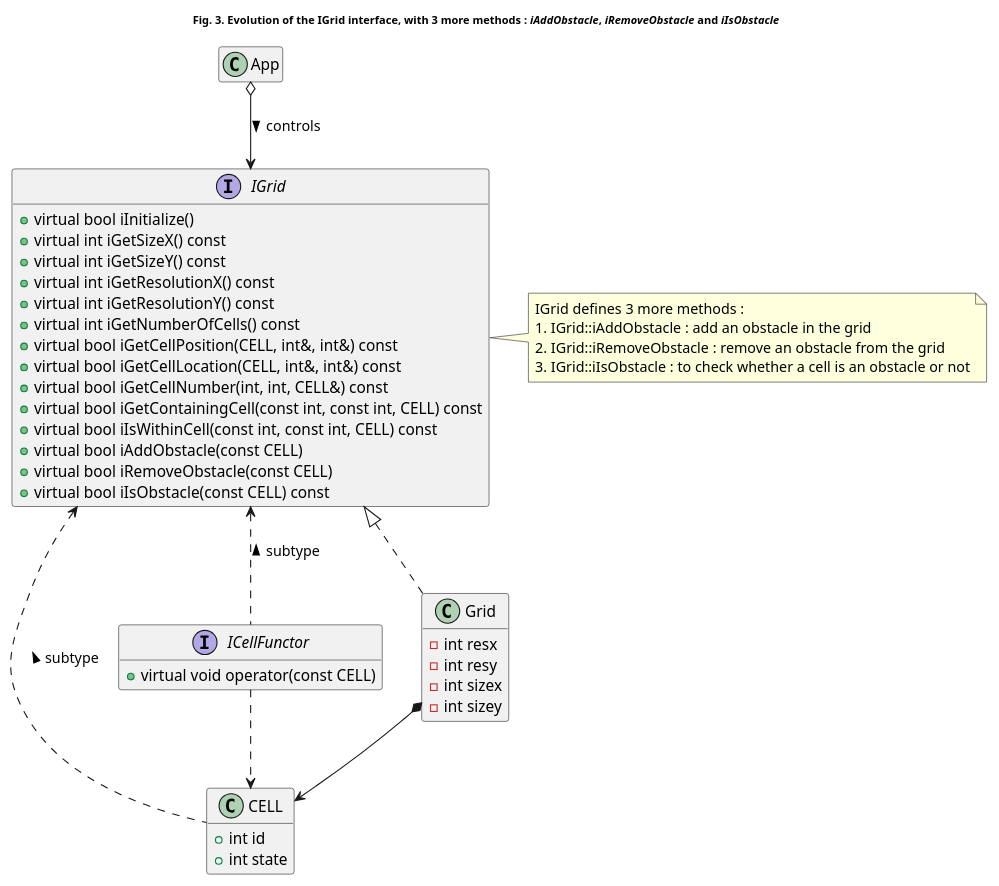
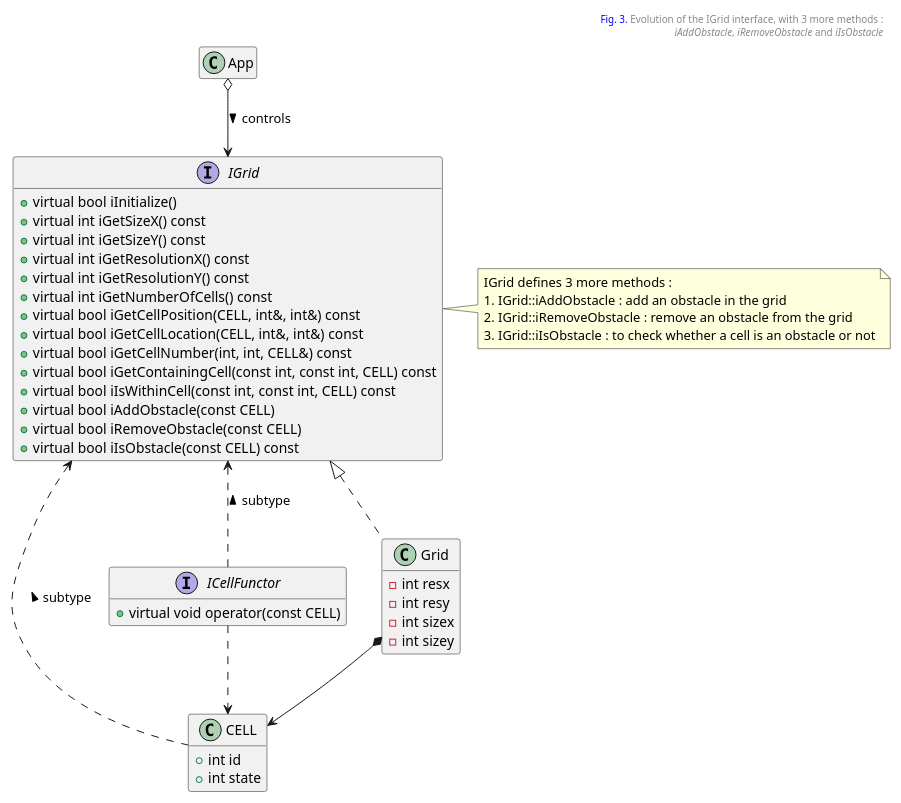
Before and after one commit to kanmeugne/kanmeugne.github.io: the third of 4 diagrams in _posts/modsim/2020-10-04-2d-grid-obstacles.md, drawn with PlantUML. The commit also changed other lines of this file, not shown here.

```diff
--- a/_posts/modsim/2020-10-04-2d-grid-obstacles.md
+++ b/_posts/modsim/2020-10-04-2d-grid-obstacles.md
@@ -86,58 +87,62 @@
 {% plantuml %}
 @startuml
-title: <size:10>Fig. 3. Evolution of the IGrid interface, with 3 more methods : <i>iAddObstacle</i>, <i>iRemoveObstacle</i> and <i>iIsObstacle</i></size>
+header
+<font color=blue>Fig. 3.</font> Evolution of the IGrid interface, with 3 more methods :
+<i>iAddObstacle</i>, <i>iRemoveObstacle</i> and <i>iIsObstacle</i>
+end header
+scale 0.9
 class App {
     + {static} const int DEFAULT_HEIGHT
     + {static} const int DEFAULT_WIDTH
     + {static} const int DEFAULT_RESX
     + {static} const int DEFAULT_RESY
     + void run()
     + void display()
 }
 class CELL {
     + int id
     + int state
 }
 interface ICellFunctor {
     + virtual void operator(const CELL)
 }
 interface IGrid {
     + virtual bool iInitialize()
     + virtual int iGetSizeX() const
     + virtual int iGetSizeY() const
     + virtual int iGetResolutionX() const
     + virtual int iGetResolutionY() const
     + virtual int iGetNumberOfCells() const
     + virtual bool iGetCellPosition(CELL, int&, int&) const
     + virtual bool iGetCellLocation(CELL, int&, int&) const
     + virtual bool iGetCellNumber(int, int, CELL&) const
     + virtual bool iGetContainingCell(const int, const int, CELL) const
     + virtual bool iIsWithinCell(const int, const int, CELL) const
     + virtual bool iAddObstacle(const CELL)
     + virtual bool iRemoveObstacle(const CELL)
     + virtual bool iIsObstacle(const CELL) const
 }
 note right
 IGrid defines 3 more methods :
 # IGrid::iAddObstacle : add an obstacle in the grid
 # IGrid::iRemoveObstacle : remove an obstacle from the grid
 # IGrid::iIsObstacle : to check whether a cell is an obstacle or not
 end note
 class Grid implements IGrid {
     - int resx
     - int resy
     - int sizex
     - int sizey
 }
 IGrid <.. CELL : subtype <
 IGrid <.. ICellFunctor : subtype <
 ICellFunctor ..> CELL
 Grid *--> CELL
 App o--> IGrid : controls >
 hide App members
 hide IGrid fields
 hide CELL methods
 hide Grid methods
 hide ICellFunctor fields
 @enduml
 {% endplantuml %}
```
